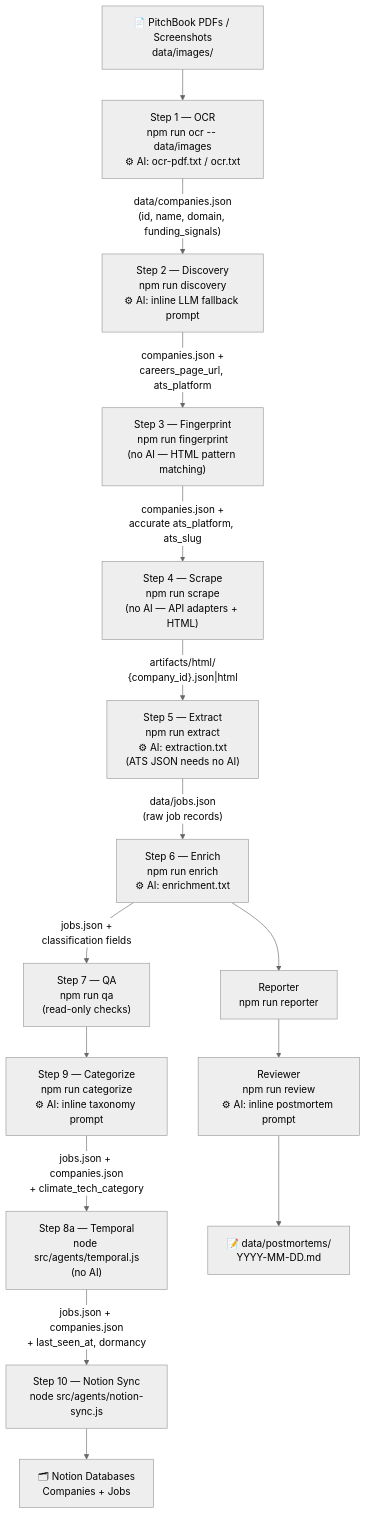
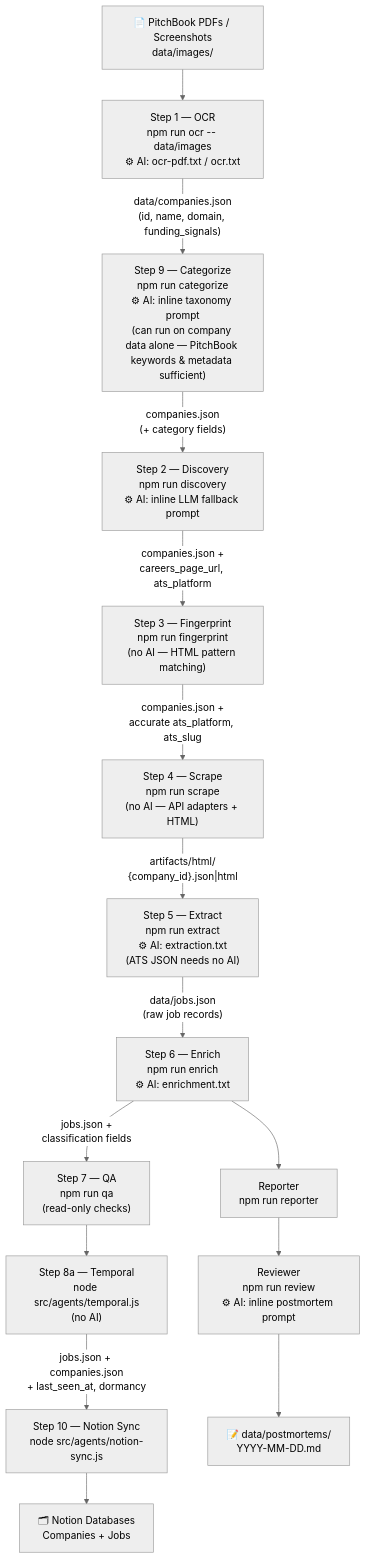
The first of 2 diagrams in README.md (walshkang/csb-job-board), drawn with Mermaid (neutral theme) before and after one commit. The commit also changed other lines of this file and 3 other files, not shown here.

First line of the commit message:
refactor: move categorize to run after OCR, stamp categories onto jobs at extraction

````diff
--- a/README.md
+++ b/README.md
@@ -76,39 +76,39 @@
 ```mermaid
 flowchart TD
     SRC["📄 PitchBook PDFs / Screenshots\ndata/images/"]
 
     SRC --> S1["Step 1 — OCR\nnpm run ocr -- data/images\n⚙ AI: ocr-pdf.txt / ocr.txt"]
-    S1 -->|"data/companies.json\n(id, name, domain, funding_signals)"| S2
+    S1 -->|"data/companies.json\n(id, name, domain, funding_signals)"| S9
+
+    S9["Step 9 — Categorize\nnpm run categorize\n⚙ AI: inline taxonomy prompt\n(can run on company data alone — PitchBook keywords & metadata sufficient)"]
+    S9 -->|"companies.json\n(+ category fields)"| S2
 
     S2["Step 2 — Discovery\nnpm run discovery\n⚙ AI: inline LLM fallback prompt"]
     S2 -->|"companies.json +\ncareers_page_url, ats_platform"| S3
 
     S3["Step 3 — Fingerprint\nnpm run fingerprint\n(no AI — HTML pattern matching)"]
     S3 -->|"companies.json +\naccurate ats_platform, ats_slug"| S4
 
     S4["Step 4 — Scrape\nnpm run scrape\n(no AI — API adapters + HTML)"]
     S4 -->|"artifacts/html/\n{company_id}.json|html"| S5
 
     S5["Step 5 — Extract\nnpm run extract\n⚙ AI: extraction.txt\n(ATS JSON needs no AI)"]
     S5 -->|"data/jobs.json\n(raw job records)"| S6
 
     S6["Step 6 — Enrich\nnpm run enrich\n⚙ AI: enrichment.txt"]
     S6 -->|"jobs.json +\nclassification fields"| S7
 
     S7["Step 7 — QA\nnpm run qa\n(read-only checks)"]
-    S7 --> S9
-
-    S9["Step 9 — Categorize\nnpm run categorize\n⚙ AI: inline taxonomy prompt"]
-    S9 -->|"jobs.json + companies.json\n+ climate_tech_category"| S8T
+    S7 --> S8T
 
     S8T["Step 8a — Temporal\nnode src/agents/temporal.js\n(no AI)"]
     S8T -->|"jobs.json + companies.json\n+ last_seen_at, dormancy"| S8N
 
     S8N["Step 10 — Notion Sync\nnode src/agents/notion-sync.js"]
     S8N --> NOTION["🗂 Notion Databases\nCompanies + Jobs"]
 
     S6 --> OBS1
     OBS1["Reporter\nnpm run reporter"]
     OBS1 --> OBS2["Reviewer\nnpm run review\n⚙ AI: inline postmortem prompt"]
     OBS2 --> PM["📝 data/postmortems/\nYYYY-MM-DD.md"]
 ```
````
